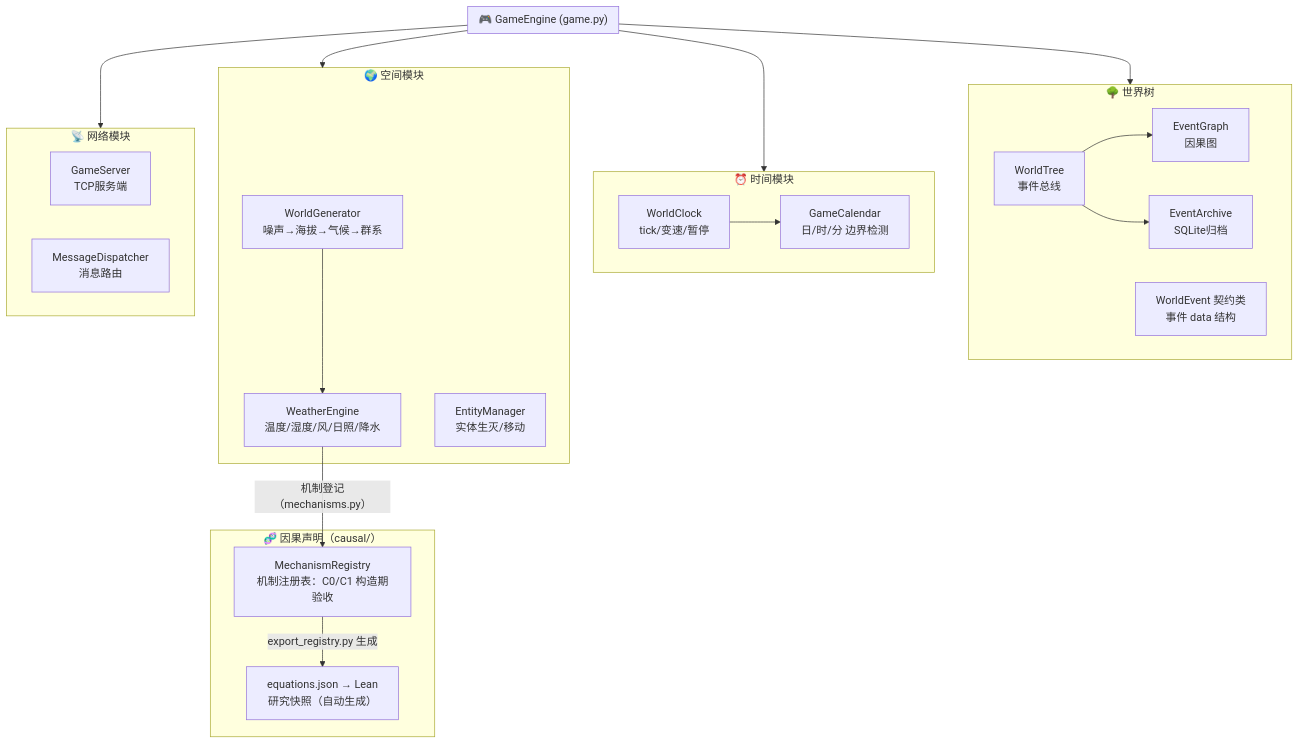
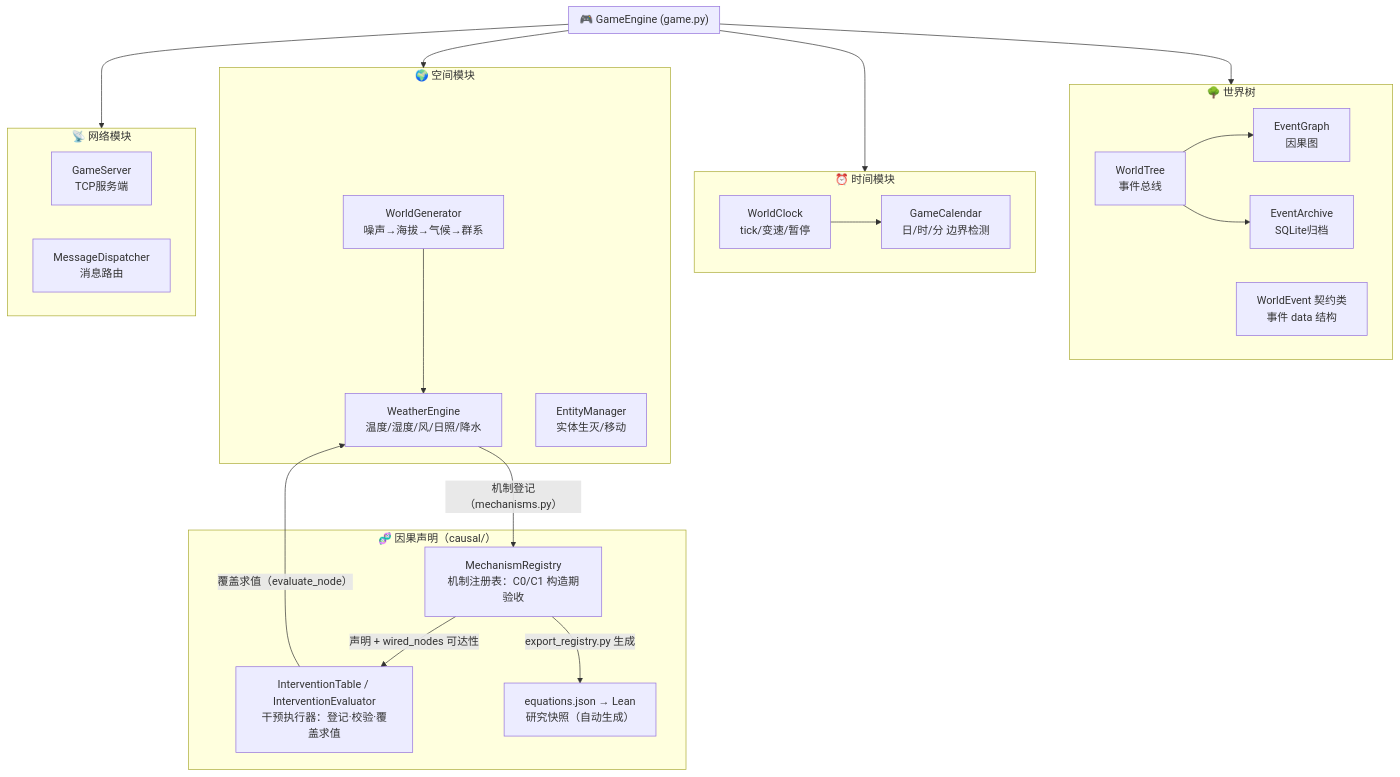
One commit to Jedidiah-Zhang/Ascend changed the first of 6 diagrams in docs/diagrams/architecture.md. Above: the diagram before and after it, drawn with Mermaid. The commit also changed 42 other files, not shown here.

````diff
--- a/docs/diagrams/architecture.md
+++ b/docs/diagrams/architecture.md
@@ -5,46 +5,49 @@
 ```mermaid
 graph TD
     subgraph GameEngine["🎮 GameEngine (game.py)"]
         direction LR
     end
 
     subgraph WorldTree["🌳 世界树"]
         WT_Tree["WorldTree<br/>事件总线"]
         WT_Graph["EventGraph<br/>因果图"]
         WT_Archive["EventArchive<br/>SQLite归档"]
         WT_Contract["WorldEvent 契约类<br/>事件 data 结构"]
     end
 
     subgraph Time["⏰ 时间模块"]
         CLK["WorldClock<br/>tick/变速/暂停"]
         CAL["GameCalendar<br/>日/时/分 边界检测"]
     end
 
     subgraph Space["🌍 空间模块"]
         GEN["WorldGenerator<br/>噪声→海拔→气候→群系"]
         WEA["WeatherEngine<br/>温度/湿度/风/日照/降水"]
         ENT["EntityManager<br/>实体生灭/移动"]
     end
 
     subgraph Causal["🧬 因果声明（causal/）"]
         REG["MechanismRegistry<br/>机制注册表：C0/C1 构造期验收"]
+        IVT["InterventionTable / InterventionEvaluator<br/>干预执行器：登记·校验·覆盖求值"]
         SNAP["equations.json → Lean<br/>研究快照（自动生成）"]
     end
 
     subgraph Net["📡 网络模块"]
         SRV["GameServer<br/>TCP服务端"]
         DISP["MessageDispatcher<br/>消息路由"]
     end
 
     WT_Tree --> WT_Graph
     WT_Tree --> WT_Archive
     CLK --> CAL
     GEN --> WEA
     WEA -->|"机制登记（mechanisms.py）"| REG
+    REG -->|"声明 + wired_nodes 可达性"| IVT
+    IVT -->|"覆盖求值（evaluate_node）"| WEA
     REG -->|"export_registry.py 生成"| SNAP
 
     GameEngine --> WorldTree
     GameEngine --> Time
     GameEngine --> Space
     GameEngine --> Net
 ```
````
